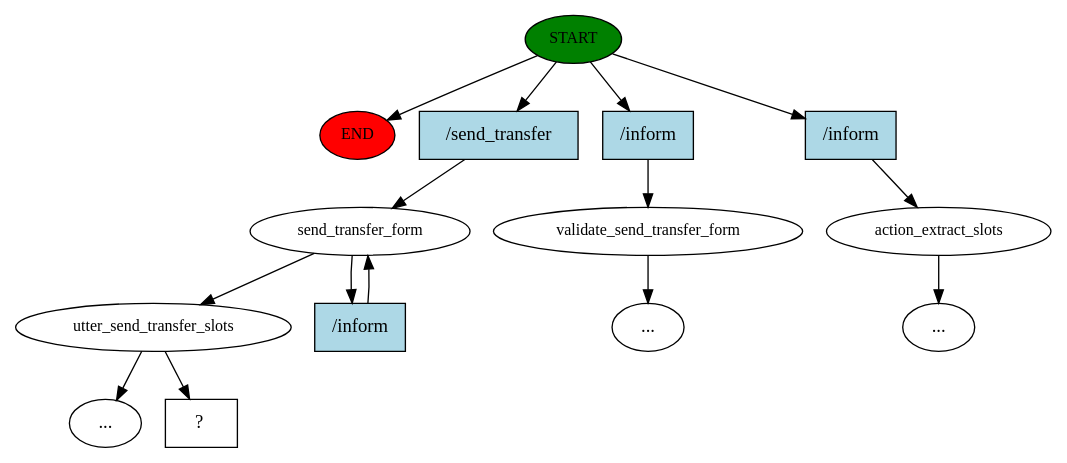
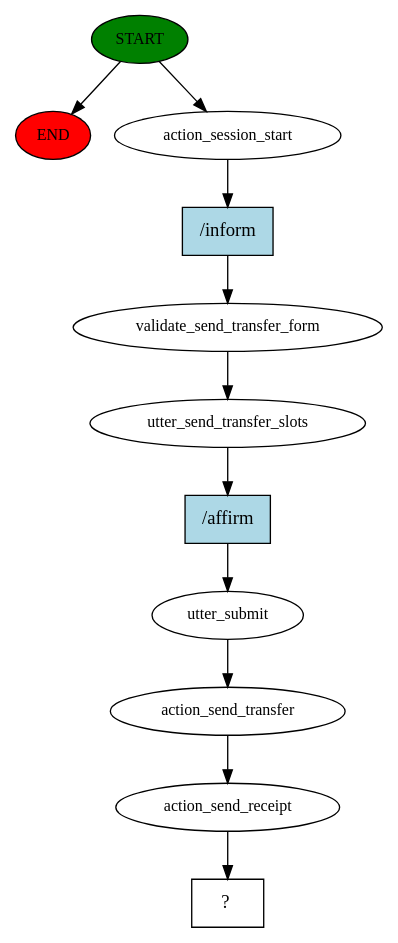
One commit to masehdh/sinbad-telephone-banking changed the diagram in rasa/story_graph.dot. Above: the diagram before and after it, drawn with Graphviz. The commit also changed 9 other files, not shown here.

```diff
--- a/rasa/story_graph.dot
+++ b/rasa/story_graph.dot
@@ -1,30 +1,23 @@
 digraph  {
 0 [class="start active", fillcolor=green, fontsize=12, label=START, style=filled];
 "-1" [class=end, fillcolor=red, fontsize=12, label=END, style=filled];
-1 [class=active, fontsize=12, label=send_transfer_form];
-2 [class=active, fontsize=12, label=utter_send_transfer_slots];
-"-3" [class=ellipsis, label="..."];
-3 [class="", fontsize=12, label=validate_send_transfer_form];
-"-11" [class=ellipsis, label="..."];
-11 [class="", fontsize=12, label=action_extract_slots];
-"-12" [class=ellipsis, label="..."];
-16 [class="intent dashed active", label="  ?  ", shape=rect];
-17 [class="intent active", fillcolor=lightblue, label="/send_transfer", shape=rect, style=filled];
-18 [class=intent, fillcolor=lightblue, label="/inform", shape=rect, style=filled];
-19 [class=intent, fillcolor=lightblue, label="/inform", shape=rect, style=filled];
-20 [class="intent active", fillcolor=lightblue, label="/inform", shape=rect, style=filled];
+1 [class=active, fontsize=12, label=action_session_start];
+2 [class=active, fontsize=12, label=validate_send_transfer_form];
+3 [class=active, fontsize=12, label=utter_send_transfer_slots];
+4 [class=active, fontsize=12, label=utter_submit];
+5 [class=active, fontsize=12, label=action_send_transfer];
+6 [class=active, fontsize=12, label=action_send_receipt];
+7 [class="intent dashed active", label="  ?  ", shape=rect];
+8 [class="intent active", fillcolor=lightblue, label="/inform", shape=rect, style=filled];
+9 [class="intent active", fillcolor=lightblue, label="/affirm", shape=rect, style=filled];
 0 -> "-1"  [class="", key=NONE, label=""];
-0 -> 17  [class=active, key=0];
-0 -> 18  [class="", key=0];
-0 -> 19  [class="", key=0];
-1 -> 2  [class=active, key=NONE, label=""];
-1 -> 20  [class=active, key=0];
-2 -> "-3"  [class="", key=NONE, label=""];
-2 -> 16  [class=active, key=NONE, label=""];
-3 -> "-11"  [class="", key=NONE, label=""];
-11 -> "-12"  [class="", key=NONE, label=""];
-17 -> 1  [class=active, key=0];
-18 -> 3  [class="", key=0];
-19 -> 11  [class="", key=0];
-20 -> 1  [class=active, key=0];
+0 -> 1  [class=active, key=NONE, label=""];
+1 -> 8  [class=active, key=0];
+2 -> 3  [class=active, key=NONE, label=""];
+3 -> 9  [class=active, key=0];
+4 -> 5  [class=active, key=NONE, label=""];
+5 -> 6  [class=active, key=NONE, label=""];
+6 -> 7  [class=active, key=NONE, label=""];
+8 -> 2  [class=active, key=0];
+9 -> 4  [class=active, key=0];
 }
```
